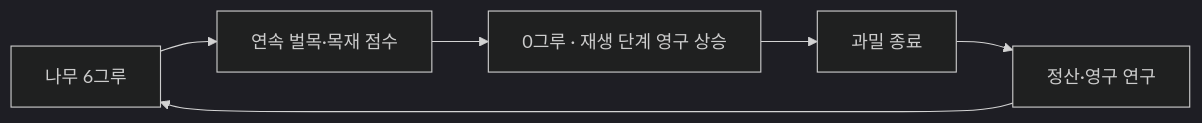
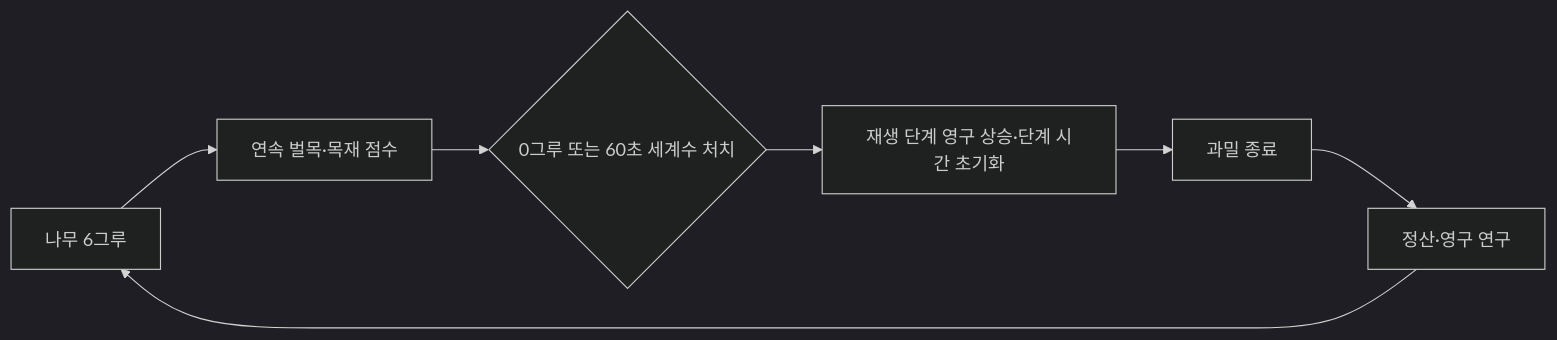
One commit to hyunsuhahaha/def_game changed the diagram in docs/SCORE_ATTACK_META_LOOP.md. Above: the diagram before and after it, drawn with Mermaid (dark theme). The commit also changed other lines of this file and 6 other files, not shown here.

````diff
--- a/docs/SCORE_ATTACK_META_LOOP.md
+++ b/docs/SCORE_ATTACK_META_LOOP.md
@@ -16,8 +16,9 @@
 ```mermaid
 flowchart LR
     A[나무 6그루] --> B[연속 벌목·목재 점수]
-    B --> D[0그루 · 재생 단계 영구 상승]
-    D --> E[과밀 종료]
+    B --> D{0그루 또는 60초 세계수 처치}
+    D --> G[재생 단계 영구 상승·단계 시간 초기화]
+    G --> E[과밀 종료]
     E --> F[정산·영구 연구]
     F --> A
 ```
````
